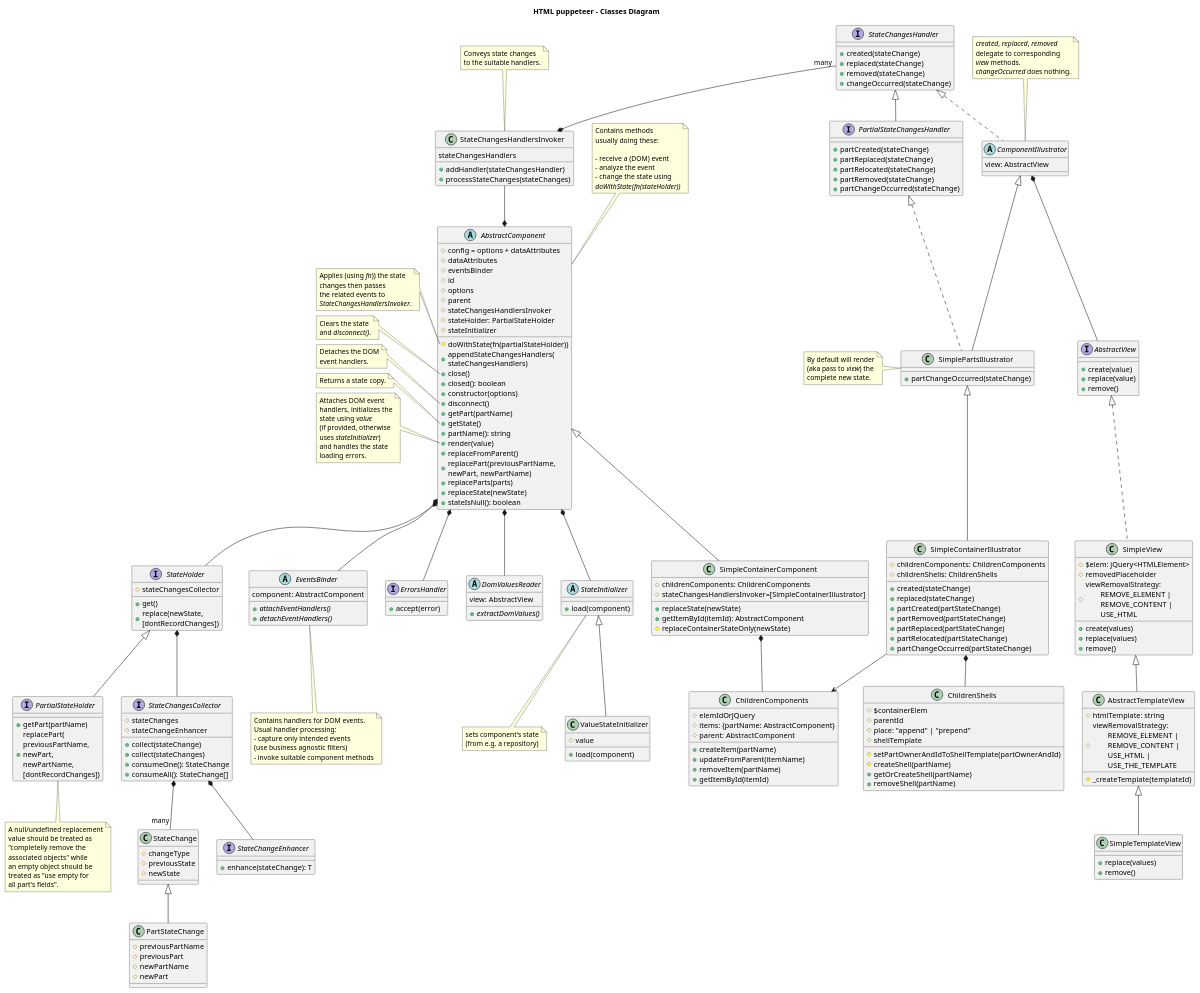
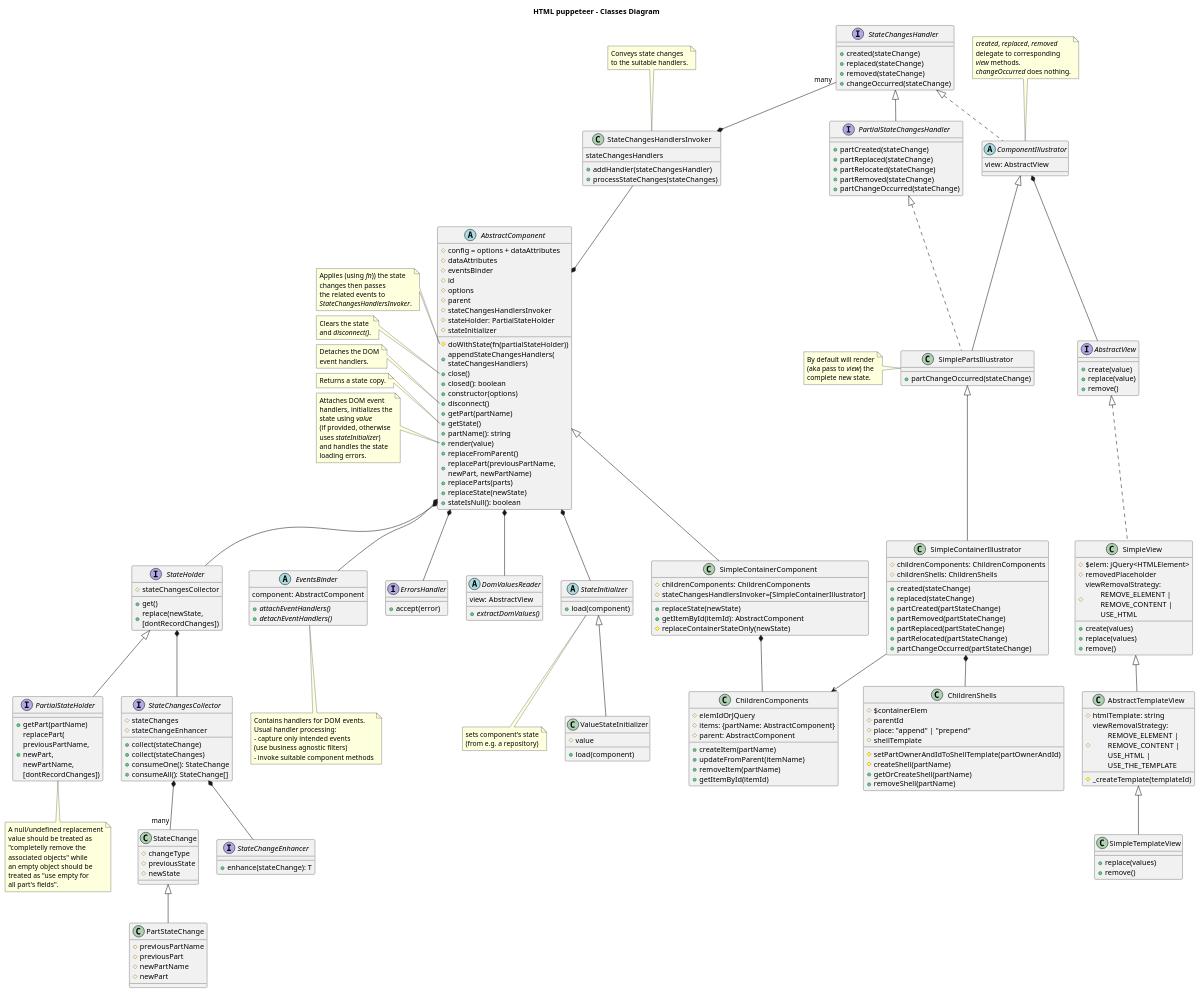
The diagram in design/classes-diagram.puml (adrhc/html-puppeteer), drawn with PlantUML before and after one commit. The commit also changed 1 other file, not shown here.

Commit message:
removed note top of AbstractComponent

```diff
--- a/design/classes-diagram.puml
+++ b/design/classes-diagram.puml
@@ -29,7 +29,7 @@
   +stateIsNull(): boolean
 }
 
-note top of AbstractComponent
+/'note top of AbstractComponent
   Contains methods
   usually doing these:
 
@@ -37,7 +37,7 @@
   - analyze the event
   - change the state using
   <i>doWithState(fn(stateHolder))</i>
-end note
+end note'/
 
 /'  State changing methods
   might use <i>syncState()</i>.
```
